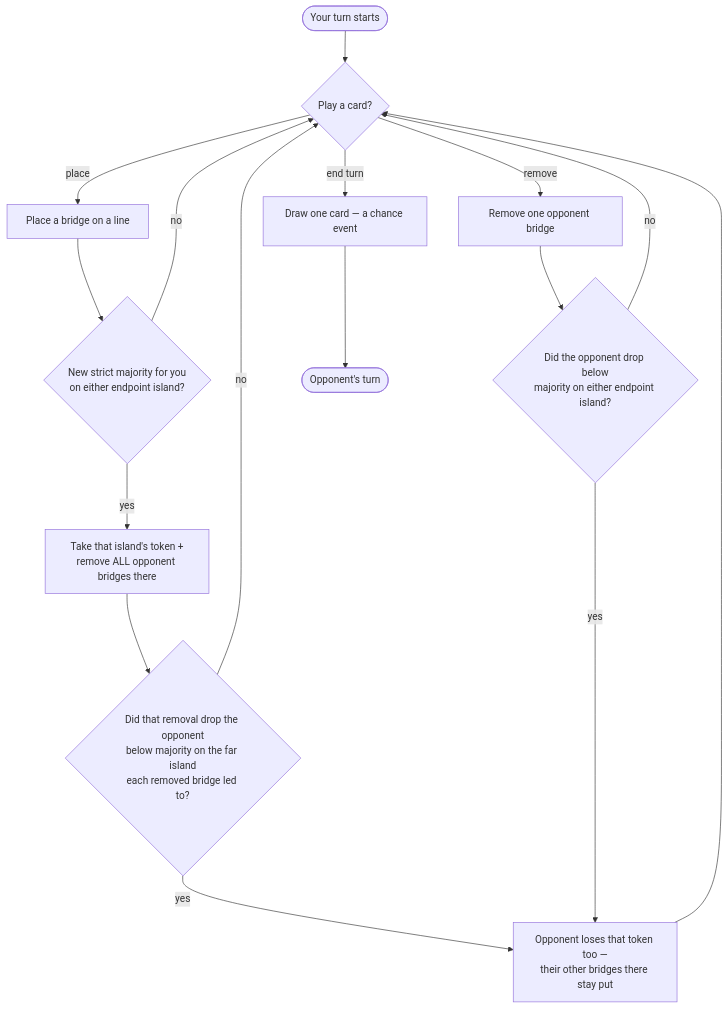
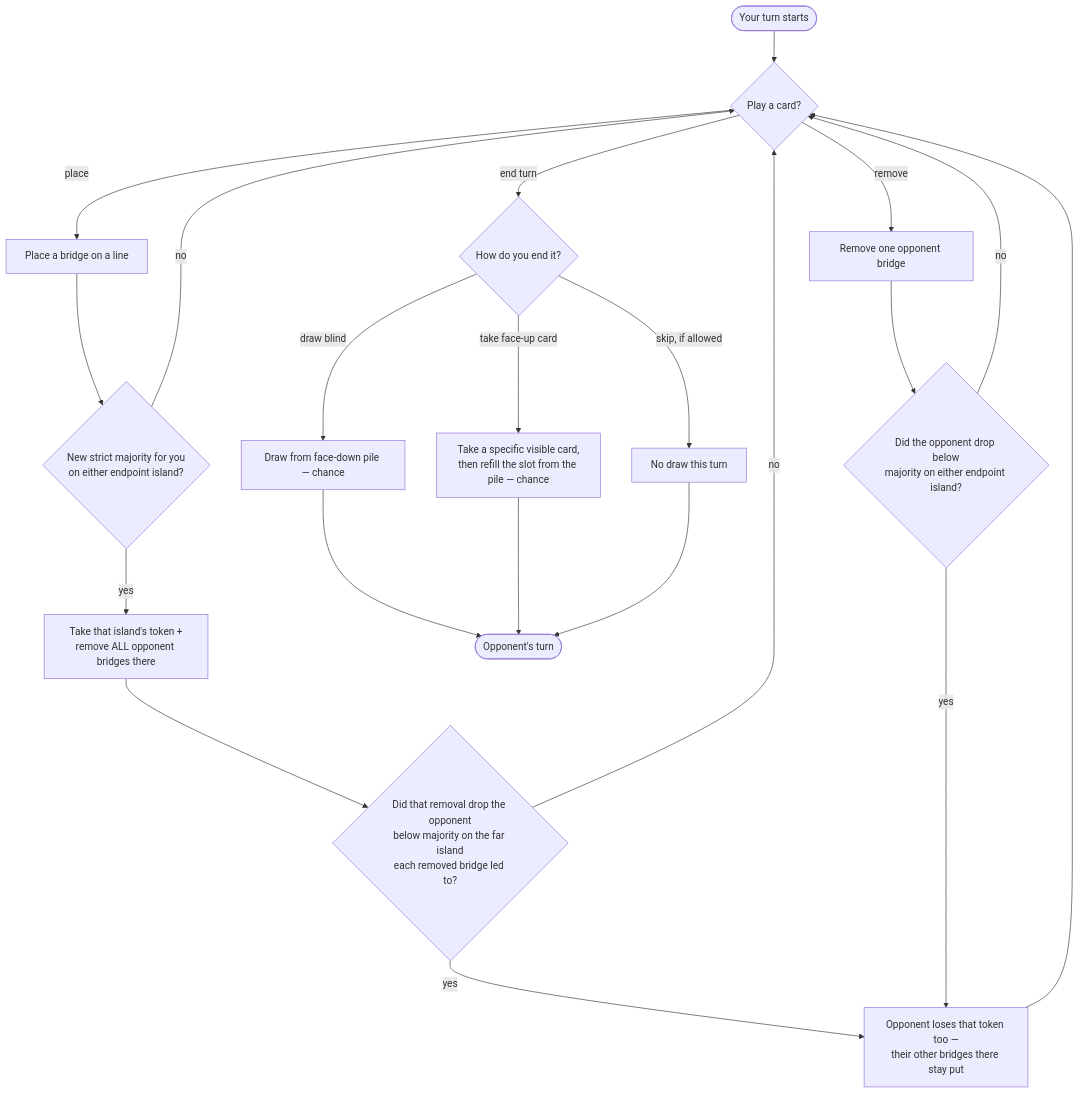
The diagram in meeple/games/kahuna/RULES.md (clee704/meeple), drawn with Mermaid before and after one commit. The commit also changed other lines of this file, not shown here.

First line of the commit message:
docs: Kahuna majority example, rewrite mechanics section, resolve draw rules

````diff
--- a/meeple/games/kahuna/RULES.md
+++ b/meeple/games/kahuna/RULES.md
@@ -64,18 +75,23 @@
 ```mermaid
 flowchart TD
     A([Your turn starts]) --> B{Play a card?}
     B -->|place| C[Place a bridge on a line]
     C --> D{New strict majority for you<br/>on either endpoint island?}
     D -->|yes| E[Take that island's token +<br/>remove ALL opponent bridges there]
     D -->|no| B
     E --> F{Did that removal drop the opponent<br/>below majority on the far island<br/>each removed bridge led to?}
     F -->|yes| G[Opponent loses that token too —<br/>their other bridges there stay put]
     F -->|no| B
     G --> B
     B -->|remove| H[Remove one opponent bridge]
     H --> I{Did the opponent drop below<br/>majority on either endpoint island?}
     I -->|yes| G
     I -->|no| B
-    B -->|end turn| J[Draw one card — a chance event]
-    J --> K([Opponent's turn])
+    B -->|end turn| J{How do you end it?}
+    J -->|draw blind| K[Draw from face-down pile — chance]
+    J -->|take face-up card| L[Take a specific visible card,<br/>then refill the slot from the pile — chance]
+    J -->|skip, if allowed| M[No draw this turn]
+    K --> N([Opponent's turn])
+    L --> N
+    M --> N
 ```
````
